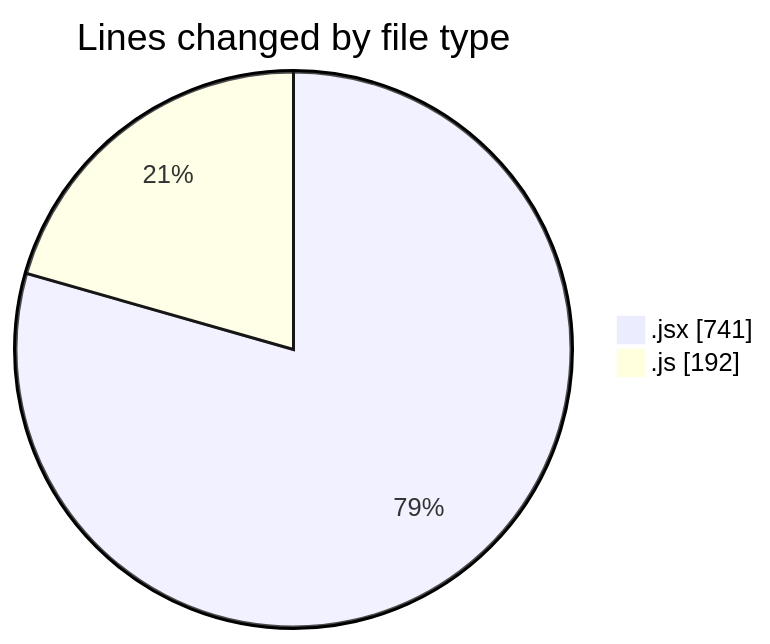
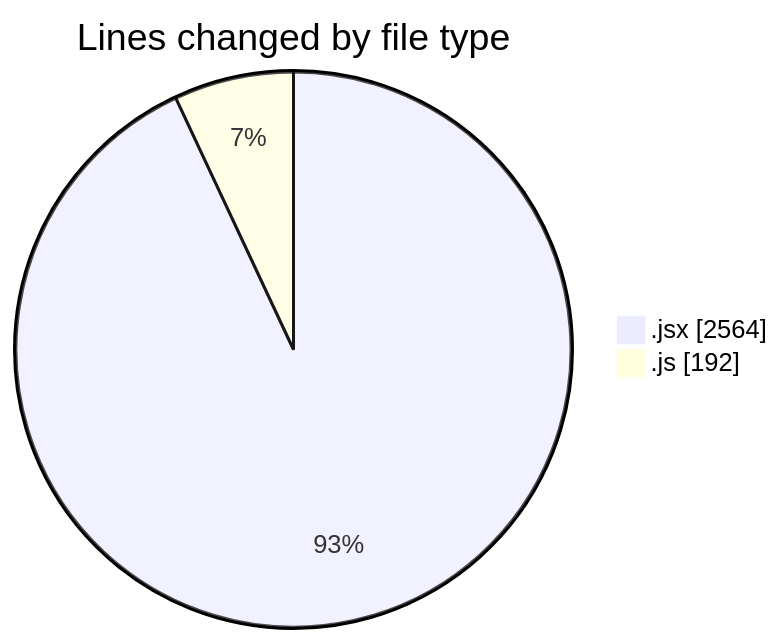
The first of 2 diagrams in 2025-07-11/argos/README.md (nxtqubesakshisongat/code-tracking), drawn with Mermaid before and after one commit. The commit also changed other lines of this file and 1 other file, not shown here.

````diff
--- a/2025-07-11/argos/README.md
+++ b/2025-07-11/argos/README.md
@@ -23,6 +24,6 @@
 ```mermaid
 pie showData
 title Lines changed by file type
-".jsx" : 741
+".jsx" : 2564
 ".js" : 192
 ```
````
